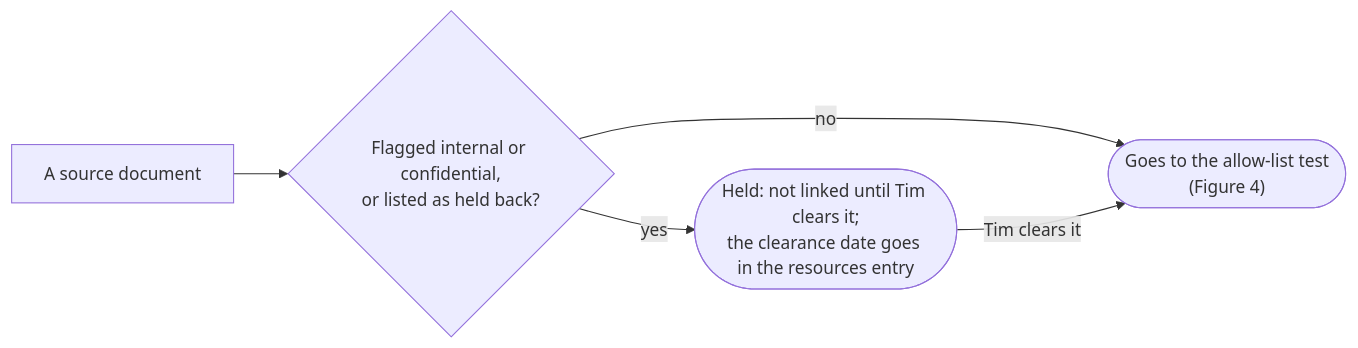
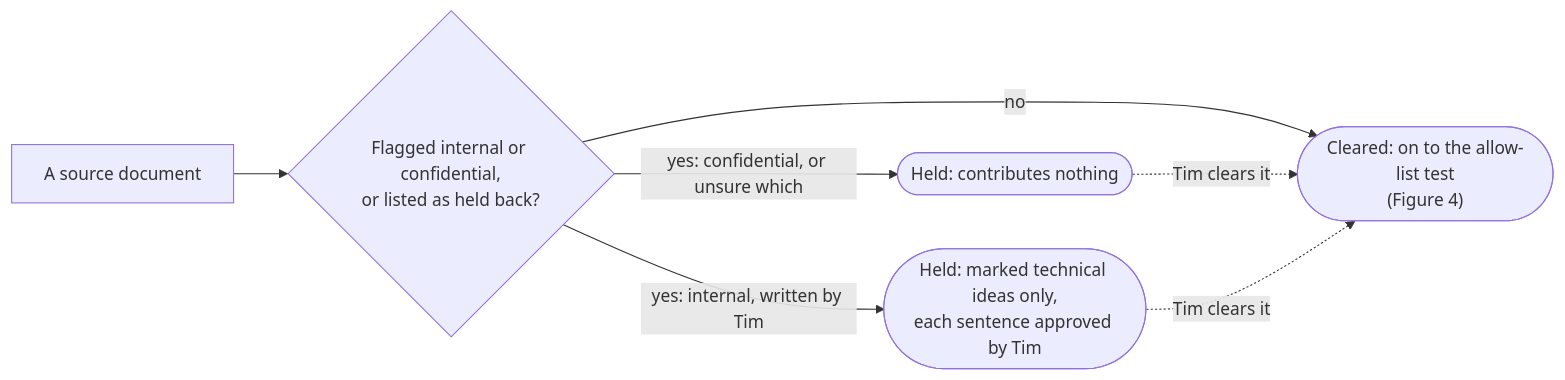
Before and after one commit to mithro/open-silicon-hitlist: the third of 4 diagrams in GUIDELINES.md, drawn with Mermaid. The commit also changed other lines of this file and 2 other files, not shown here.

````diff
--- a/GUIDELINES.md
+++ b/GUIDELINES.md
@@ -560,7 +560,9 @@
 ```mermaid
 flowchart LR
   A["A source document"] --> B{"Flagged internal or confidential,<br/>or listed as held back?"}
-  B -->|no| C(["Goes to the allow-list test<br/>(Figure 4)"])
-  B -->|yes| H(["Held: not linked until Tim clears it;<br/>the clearance date goes in the resources entry"])
-  H -->|Tim clears it| C
+  B -->|no| C(["Cleared: on to the allow-list test<br/>(Figure 4)"])
+  B -->|yes: confidential, or unsure which| N(["Held: contributes nothing"])
+  B -->|yes: internal, written by Tim| I(["Held: marked technical ideas only,<br/>each sentence approved by Tim"])
+  N -.->|Tim clears it| C
+  I -.->|Tim clears it| C
 ```
````
